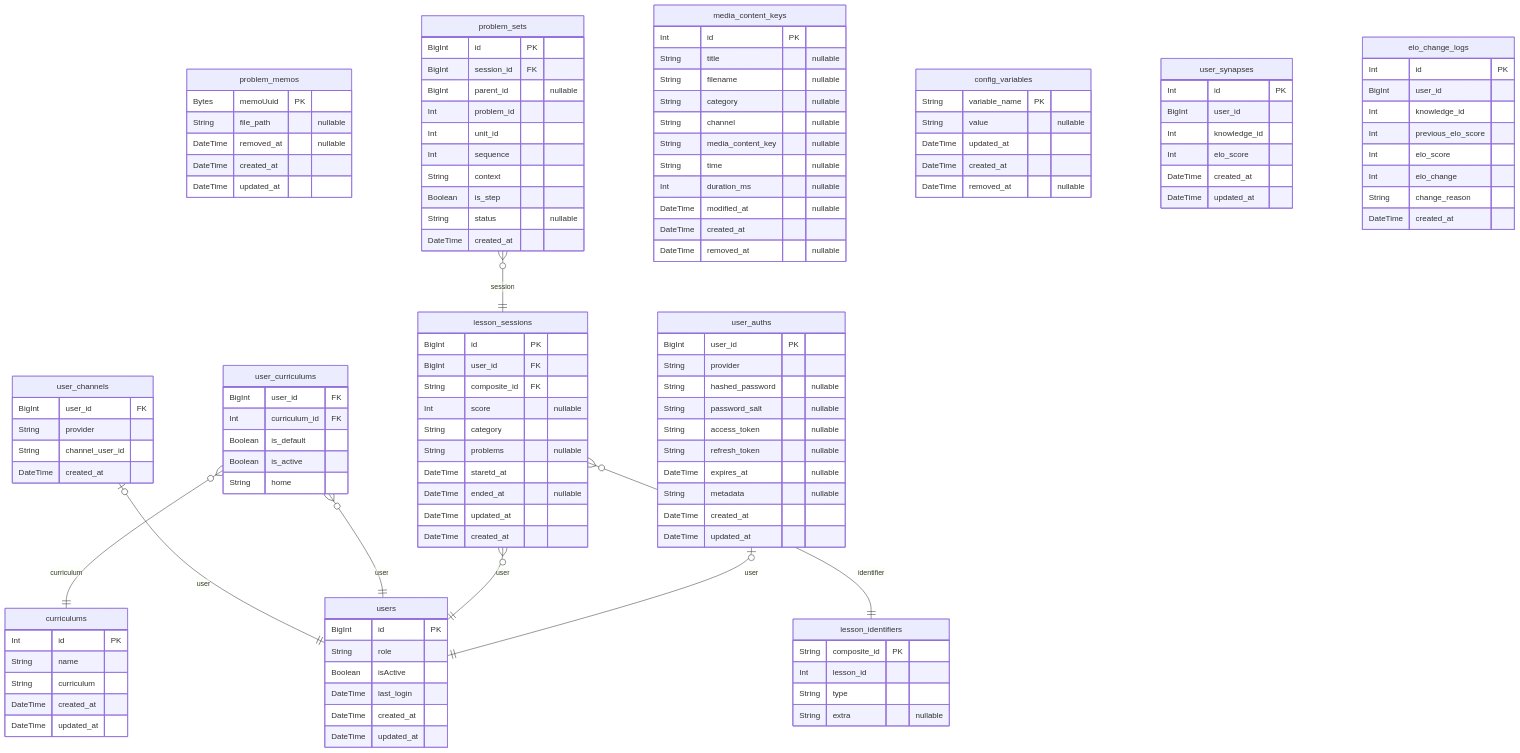
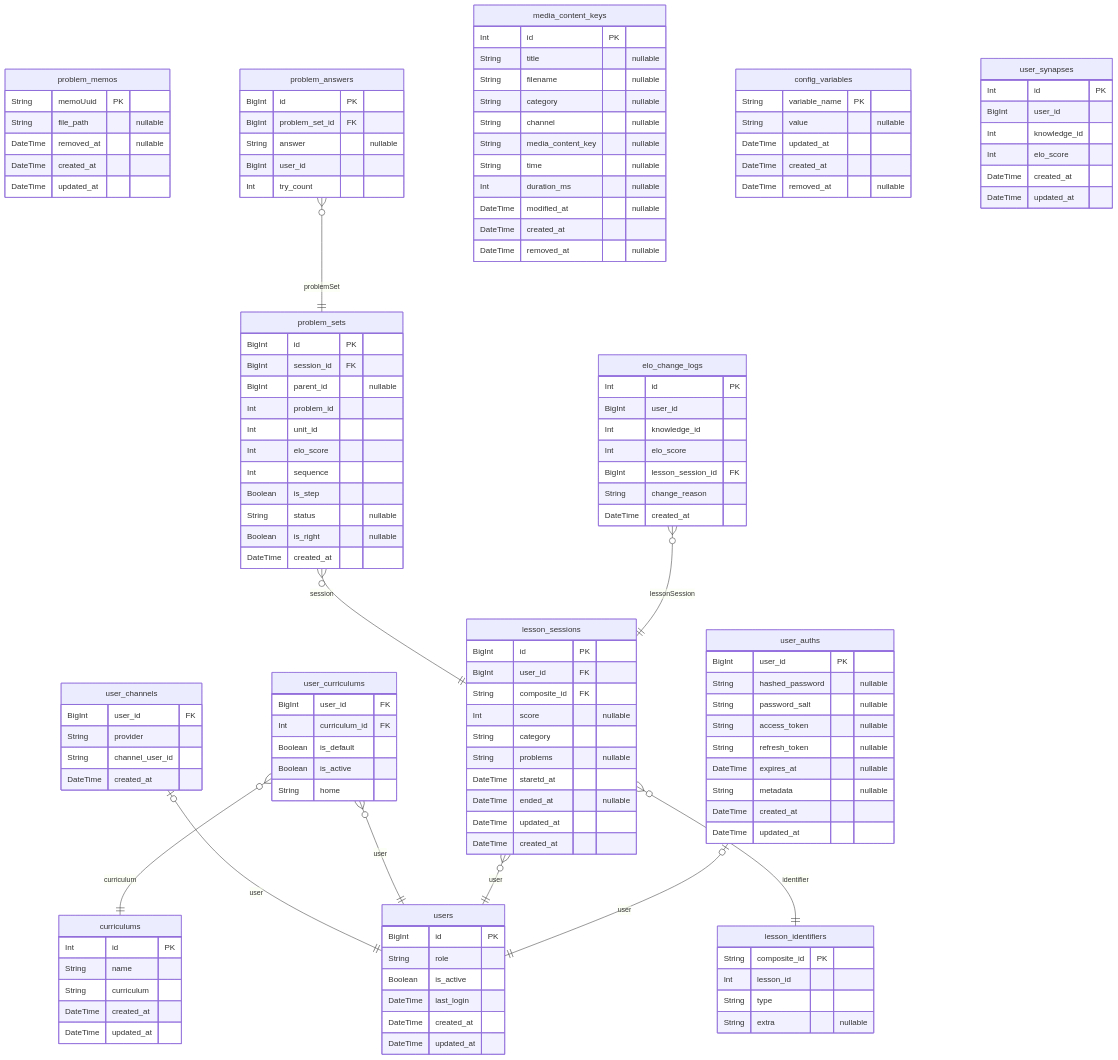
Before and after one commit to jungyun-kim/prisma-markdown: the diagram in prisma/SCHEMA.md, drawn with Mermaid. The commit also changed other lines of this file and 1 other file, not shown here.

````diff
--- a/prisma/SCHEMA.md
+++ b/prisma/SCHEMA.md
@@ -7,7 +7,7 @@
 ```mermaid
 erDiagram
 "problem_memos" {
-  Bytes memoUuid PK
+  String memoUuid PK
   String file_path "nullable"
   DateTime removed_at "nullable"
   DateTime created_at
@@ -47,7 +47,6 @@
 }
 "user_auths" {
   BigInt user_id PK
-  String provider
   String hashed_password "nullable"
   String password_salt "nullable"
   String access_token "nullable"
@@ -60,7 +59,7 @@
 "users" {
   BigInt id PK
   String role
-  Boolean isActive
+  Boolean is_active
   DateTime last_login
   DateTime created_at
   DateTime updated_at
@@ -77,11 +76,19 @@
   BigInt parent_id "nullable"
   Int problem_id
   Int unit_id
+  Int elo_score
   Int sequence
-  String context
   Boolean is_step
   String status "nullable"
+  Boolean is_right "nullable"
   DateTime created_at
+}
+"problem_answers" {
+  BigInt id PK
+  BigInt problem_set_id FK
+  String answer "nullable"
+  BigInt user_id
+  Int try_count
 }
 "media_content_keys" {
   Int id PK
@@ -115,9 +122,8 @@
   Int id PK
   BigInt user_id
   Int knowledge_id
-  Int previous_elo_score
   Int elo_score
-  Int elo_change
+  BigInt lesson_session_id FK
   String change_reason
   DateTime created_at
 }
@@ -128,4 +134,6 @@
 "lesson_sessions" }o--|| "lesson_identifiers" : identifier
 "user_auths" |o--|| "users" : user
 "problem_sets" }o--|| "lesson_sessions" : session
+"problem_answers" }o--|| "problem_sets" : problemSet
+"elo_change_logs" }o--|| "lesson_sessions" : lessonSession
 ```
````
